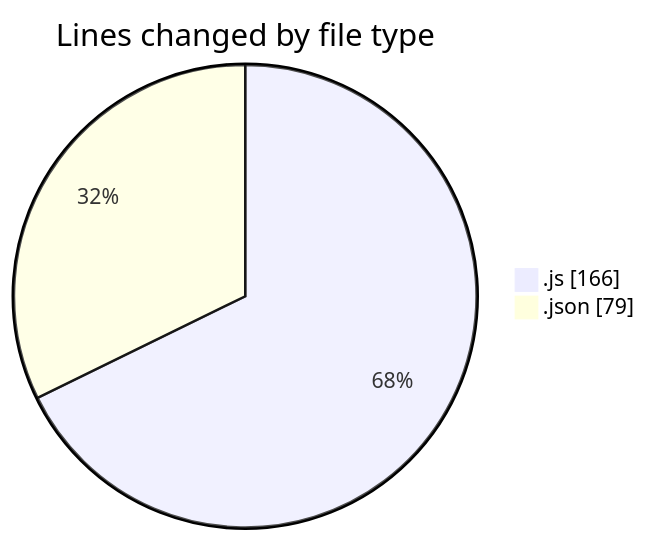
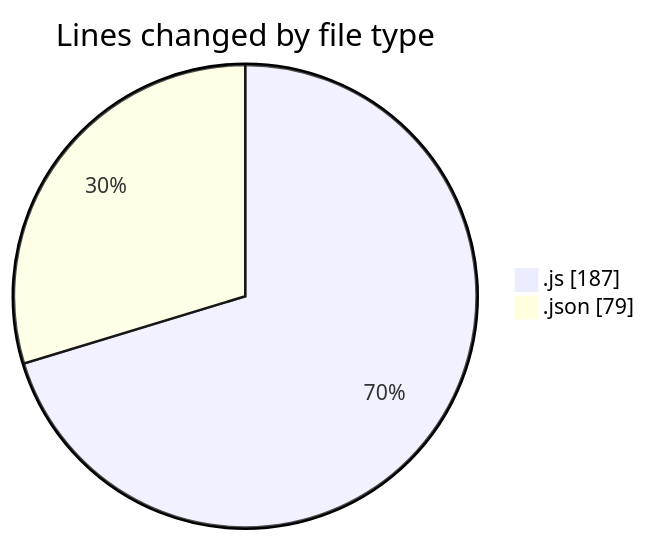
Before and after one commit to momahboobian/code-tracking: the first of 2 diagrams in 2025-01-31/cda/README.md, drawn with Mermaid. The commit also changed other lines of this file and 1 other file, not shown here.

````diff
--- a/2025-01-31/cda/README.md
+++ b/2025-01-31/cda/README.md
@@ -23,6 +23,6 @@
 ```mermaid
 pie showData
 title Lines changed by file type
-".js" : 166
+".js" : 187
 ".json" : 79
 ```
````
